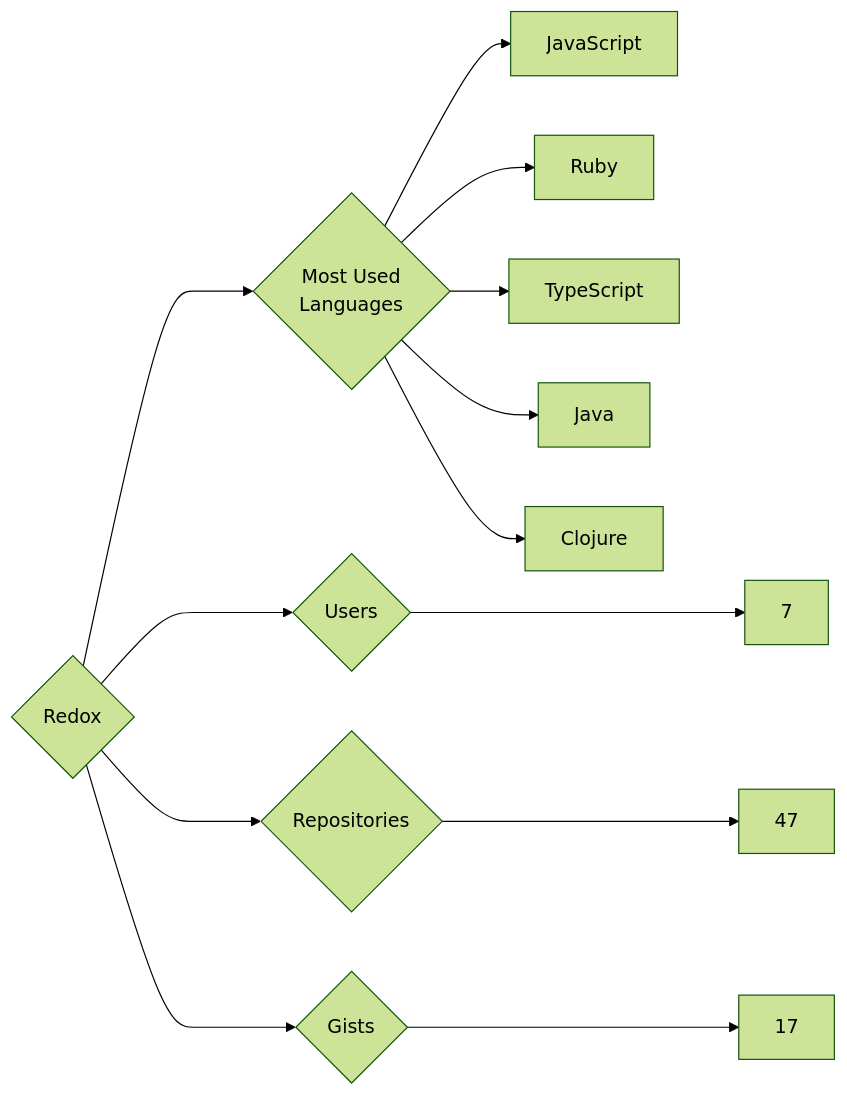
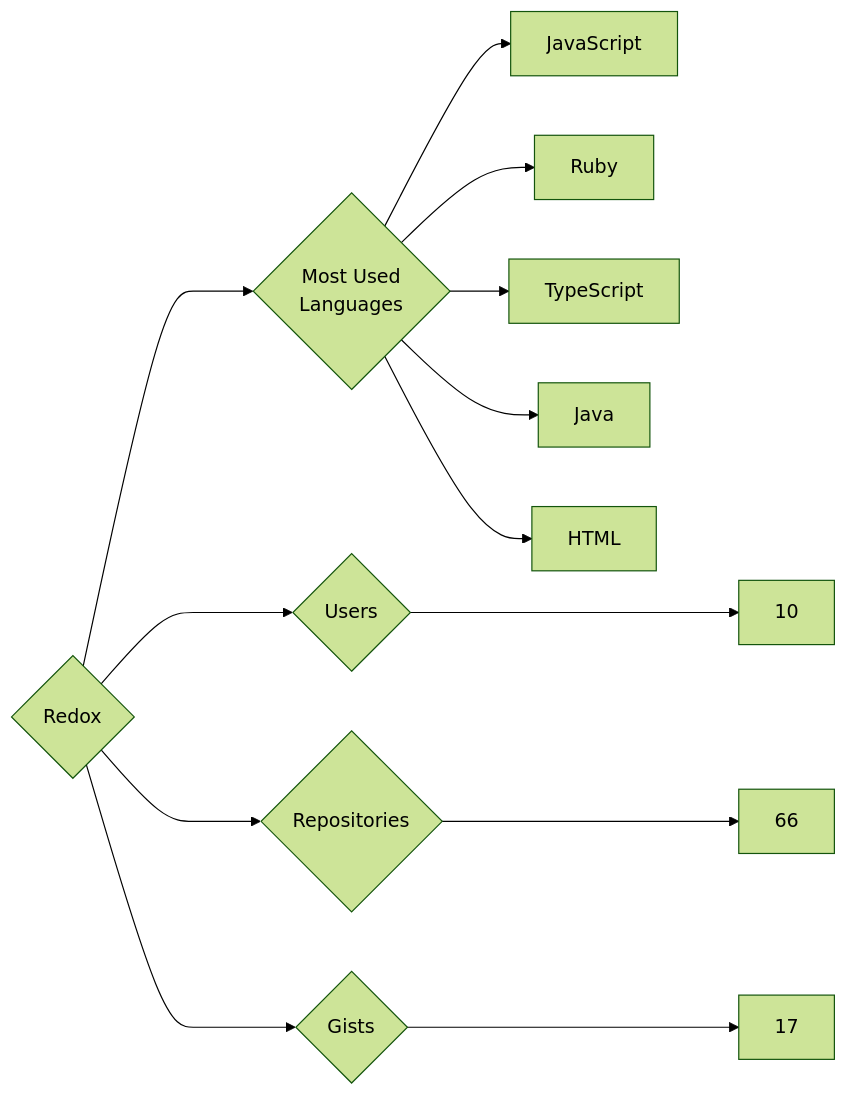
The diagram in targets/Redox/README.md (trickest/insiders), drawn with Mermaid (forest theme) before and after one commit. The commit also changed 912 other files, not shown here.

````diff
--- a/targets/Redox/README.md
+++ b/targets/Redox/README.md
@@ -3,13 +3,13 @@
 ```mermaid
 graph LR
 COMPANY_NAME{Redox}
-COMPANY_NAME ---> U{Users} ---> UN[7]
-COMPANY_NAME ---> R{Repositories} ---> RN[47]
+COMPANY_NAME ---> U{Users} ---> UN[10]
+COMPANY_NAME ---> R{Repositories} ---> RN[66]
 COMPANY_NAME ---> G{Gists} ---> GN[17]
 COMPANY_NAME ---> ML{Most Used<br>Languages}
 ML --> JavaScript[JavaScript]
 ML --> Ruby[Ruby]
 ML --> TypeScript[TypeScript]
 ML --> Java[Java]
-ML --> Clojure[Clojure]
+ML --> HTML[HTML]
 ```
````
